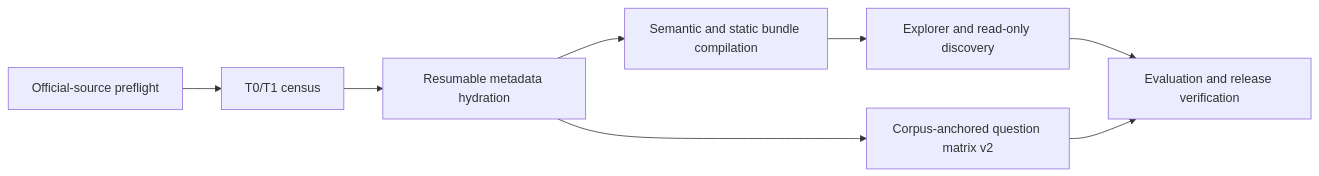
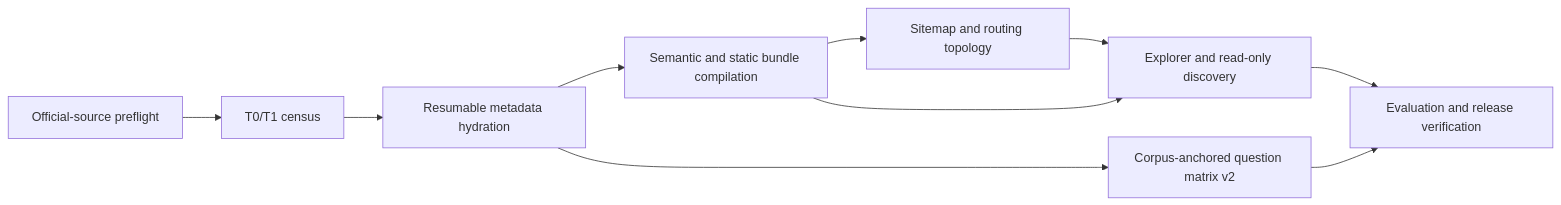
The diagram in docs/architecture.md (chris-page-gov/okf-govuk-content), drawn with Mermaid before and after one commit. The commit also changed other lines of this file and 52 other files, not shown here.

First line of the commit message:
Add GOV.UK sitemap routing bundle and walkthrough inventory (#8)

````diff
--- a/docs/architecture.md
+++ b/docs/architecture.md
@@ -9,10 +9,12 @@
 ```mermaid
 flowchart LR
   A["Official-source preflight"] --> B["T0/T1 census"]
   B --> C["Resumable metadata hydration"]
   C --> D["Semantic and static bundle compilation"]
-  D --> E["Explorer and read-only discovery"]
+  D --> S["Sitemap and routing topology"]
+  S --> E["Explorer and read-only discovery"]
+  D --> E
   C --> Q["Corpus-anchored question matrix v2"]
   E --> R["Evaluation and release verification"]
   Q --> R
 ```
````
